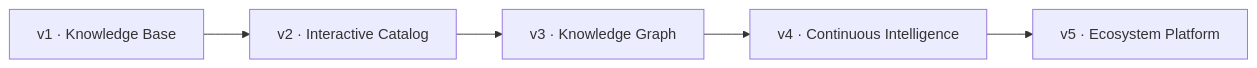
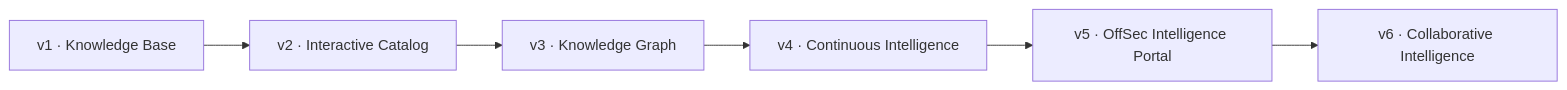
The diagram in docs/roadmaps/platform-roadmap.md (Ridd1kulusC0d3r/RedFrameworks), drawn with Mermaid before and after one commit. The commit also changed other lines of this file and 37 other files, not shown here.

First line of the commit message:
Ship Platform v5 OffSec Intelligence Portal

```diff
--- a/docs/roadmaps/platform-roadmap.md
+++ b/docs/roadmaps/platform-roadmap.md
@@ -3,7 +3,8 @@
 ~~~mermaid
 flowchart LR
   V1["v1 · Knowledge Base"] --> V2["v2 · Interactive Catalog"]
   V2 --> V3["v3 · Knowledge Graph"]
   V3 --> V4["v4 · Continuous Intelligence"]
-  V4 --> V5["v5 · Ecosystem Platform"]
+  V4 --> V5["v5 · OffSec Intelligence Portal"]
+  V5 --> V6["v6 · Collaborative Intelligence"]
 ~~~
```
